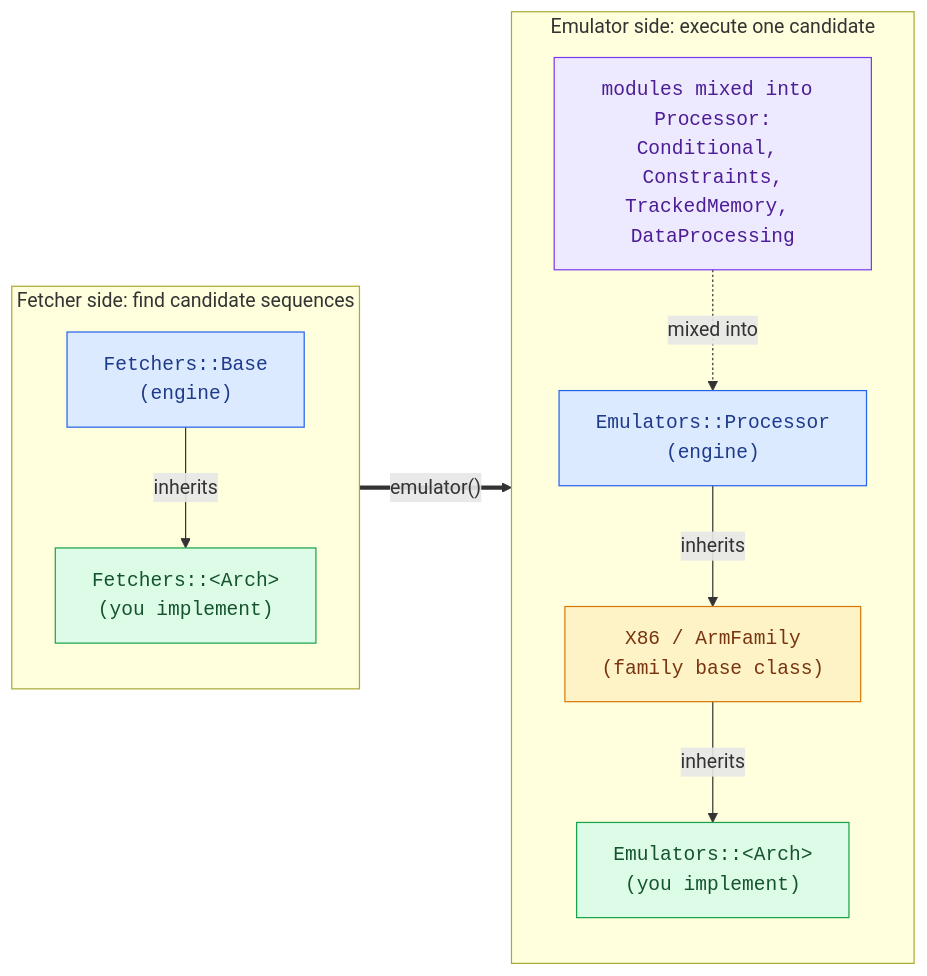
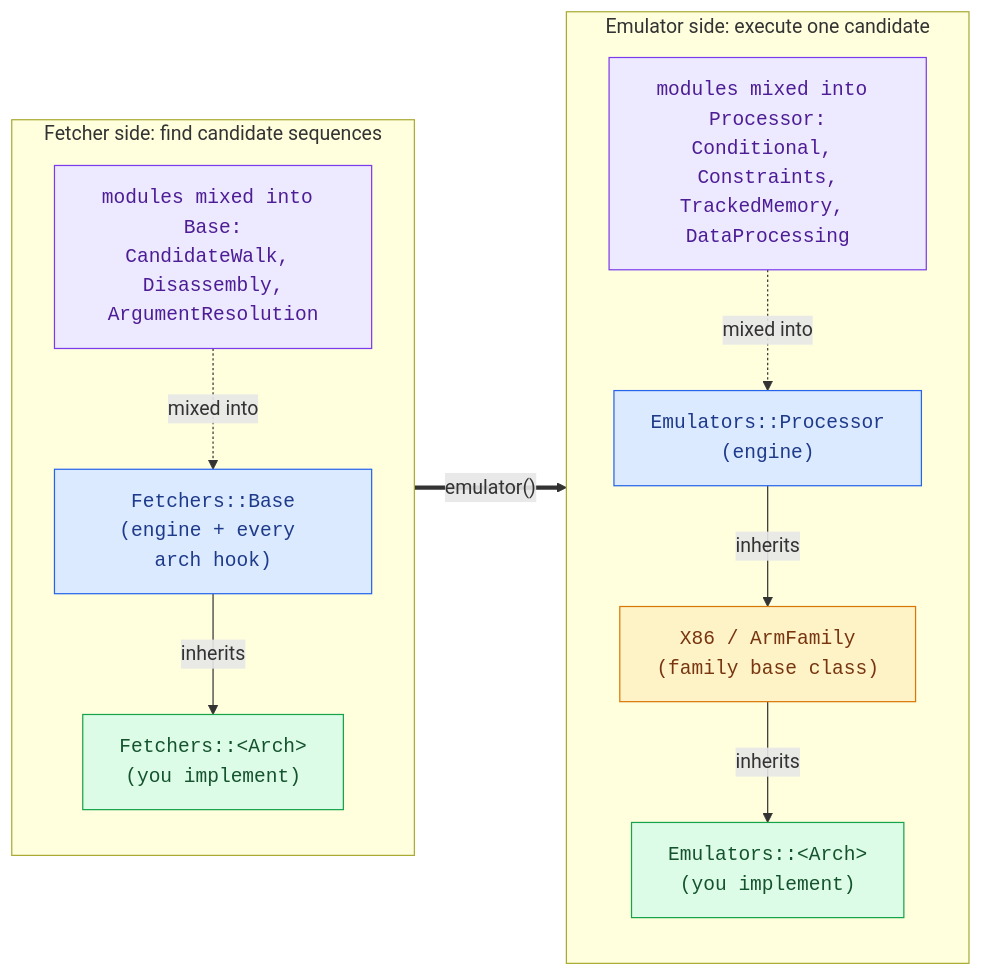
The first of 2 diagrams in docs/adding-an-architecture.md (david942j/one_gadget), drawn with Mermaid before and after one commit. The commit also changed other lines of this file and 4 other files, not shown here.

First line of the commit message:
Split Fetchers::Base's three engine concerns into modules (#417)

````diff
--- a/docs/adding-an-architecture.md
+++ b/docs/adding-an-architecture.md
@@ -25,25 +25,27 @@
 ```mermaid
 flowchart LR
   classDef engine fill:#dbeafe,stroke:#2563eb,color:#1e3a8a,font-family:monospace
   classDef arch fill:#dcfce7,stroke:#16a34a,color:#14532d,font-family:monospace
   classDef mixin fill:#ede9fe,stroke:#7c3aed,color:#4c1d95,font-family:monospace
   classDef family fill:#fef3c7,stroke:#d97706,color:#78350f,font-family:monospace
 
   subgraph FE["Fetcher side: find candidate sequences"]
     direction TB
-    FB["Fetchers::Base<br/>(engine)"]:::engine
+    FB["Fetchers::Base<br/>(engine + every arch hook)"]:::engine
+    FM["modules mixed into Base:<br/>CandidateWalk, Disassembly,<br/>ArgumentResolution"]:::mixin
     FA["Fetchers::&lt;Arch&gt;<br/>(you implement)"]:::arch
     FB -->|inherits| FA
+    FM -.->|mixed into| FB
   end
   subgraph EM["Emulator side: execute one candidate"]
     direction TB
     EP["Emulators::Processor<br/>(engine)"]:::engine
     CO["modules mixed into Processor:<br/>Conditional, Constraints,<br/>TrackedMemory, DataProcessing"]:::mixin
     FAM["X86 / ArmFamily<br/>(family base class)"]:::family
     EA["Emulators::&lt;Arch&gt;<br/>(you implement)"]:::arch
     EP -->|inherits| FAM
     FAM -->|inherits| EA
     CO -.->|mixed into| EP
   end
   FA ==>|"emulator()"| EA
 ```
````
